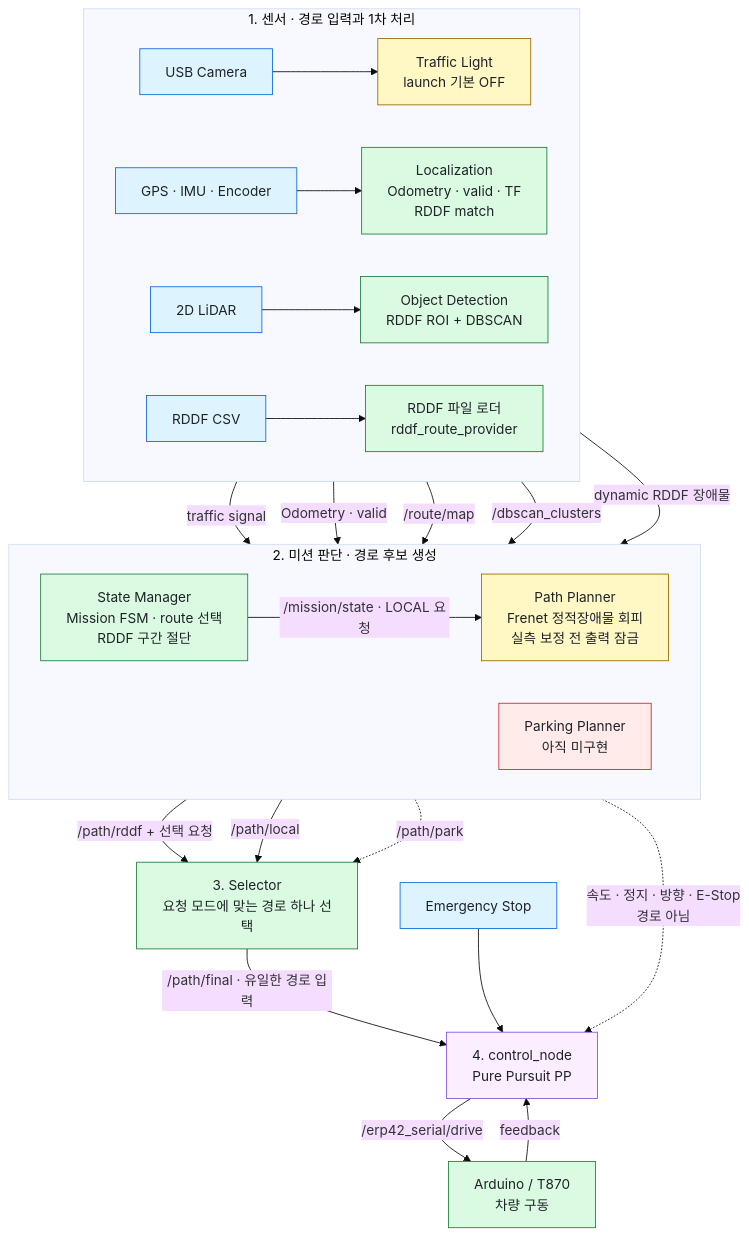
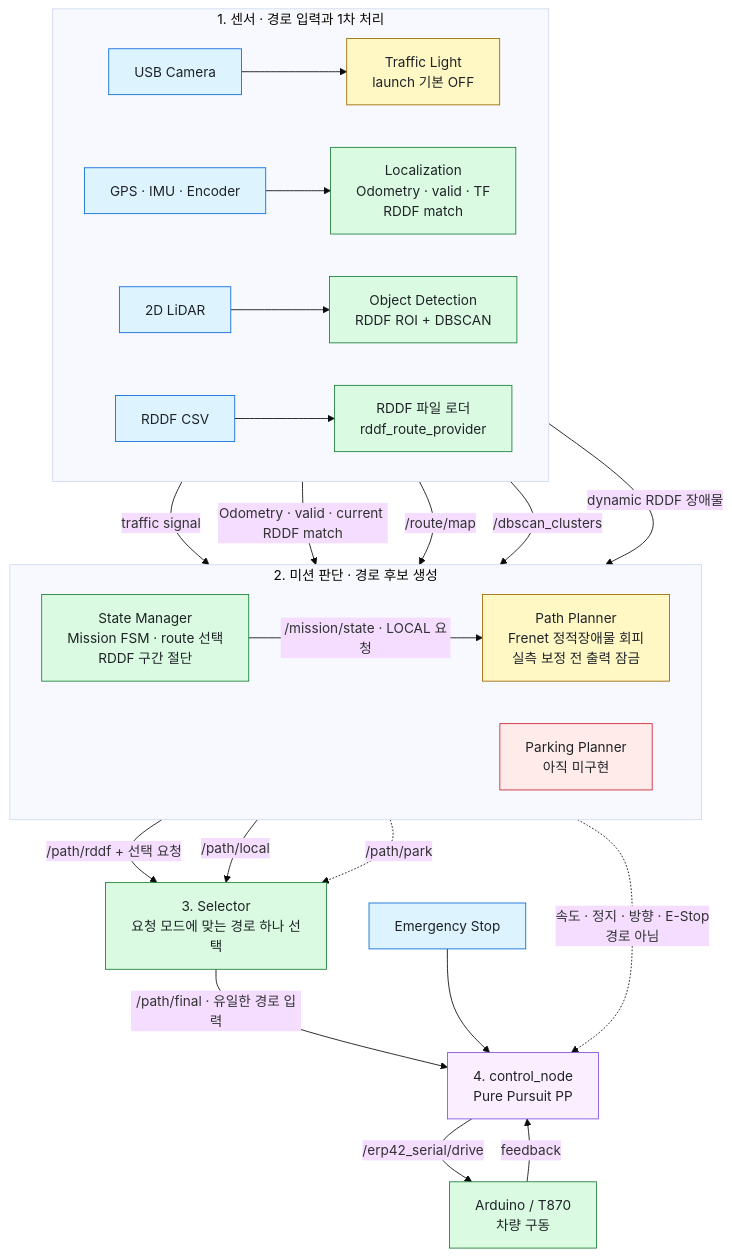
One commit to Team-Stier/HL-FMA-1-5-2026 changed the diagram in docs/architecture.md. Above: the diagram before and after it, drawn with Mermaid (base theme). The commit also changed other lines of this file and 9 other files, not shown here.

Commit message:
fix: select mission from current RDDF match

````diff
--- a/docs/architecture.md
+++ b/docs/architecture.md
@@ -22,46 +22,46 @@
 ```mermaid
 flowchart TB
     classDef sensor fill:#ddf4ff,stroke:#0969da,color:#1f2328
     classDef active fill:#dafbe1,stroke:#1a7f37,color:#1f2328
     classDef gated fill:#fff8c5,stroke:#9a6700,color:#1f2328
     classDef control fill:#fbefff,stroke:#8250df,color:#1f2328
     classDef later fill:#ffebe9,stroke:#cf222e,color:#1f2328
 
     subgraph INPUT[1. 센서 · 경로 입력과 1차 처리]
         direction LR
         CAMERA[USB Camera]:::sensor --> TL[Traffic Light<br/>launch 기본 OFF]:::gated
         MOTION[GPS · IMU · Encoder]:::sensor --> LOC[Localization<br/>Odometry · valid · TF<br/>RDDF match]:::active
         LIDAR[2D LiDAR]:::sensor --> OD[Object Detection<br/>RDDF ROI + DBSCAN]:::active
         FILES[RDDF CSV]:::sensor --> LOADER[RDDF 파일 로더<br/>rddf_route_provider]:::active
     end
 
     subgraph PLAN[2. 미션 판단 · 경로 후보 생성]
         direction LR
         SM[State Manager<br/>Mission FSM · route 선택<br/>RDDF 구간 절단]:::active
         LP[Path Planner<br/>Frenet 정적장애물 회피<br/>실측 보정 전 출력 잠금]:::gated
         PARK[Parking Planner<br/>아직 미구현]:::later
     end
 
     SEL[3. Selector<br/>요청 모드에 맞는 경로 하나 선택]:::active
     PP[4. control_node<br/>Pure Pursuit PP]:::control
     ESTOP[Emergency Stop]:::sensor
     CAR[Arduino / T870<br/>차량 구동]:::active
 
     TL -->|traffic signal| SM
-    LOC -->|Odometry · valid| SM
+    LOC -->|Odometry · valid · current RDDF match| SM
     LOADER -->|/route/map| SM
 
     OD -->|/dbscan_clusters| LP
     OD -->|dynamic RDDF 장애물| SM
     SM -->|/mission/state · LOCAL 요청| LP
 
     SM -->|/path/rddf + 선택 요청| SEL
     LP -->|/path/local| SEL
     PARK -.->|/path/park| SEL
 
     SEL -->|/path/final · 유일한 경로 입력| PP
     SM -.->|속도 · 정지 · 방향 · E-Stop<br/>경로 아님| PP
     ESTOP --> PP
     CAR -->|feedback| PP
     PP -->|/erp42_serial/drive| CAR
 ```
````
